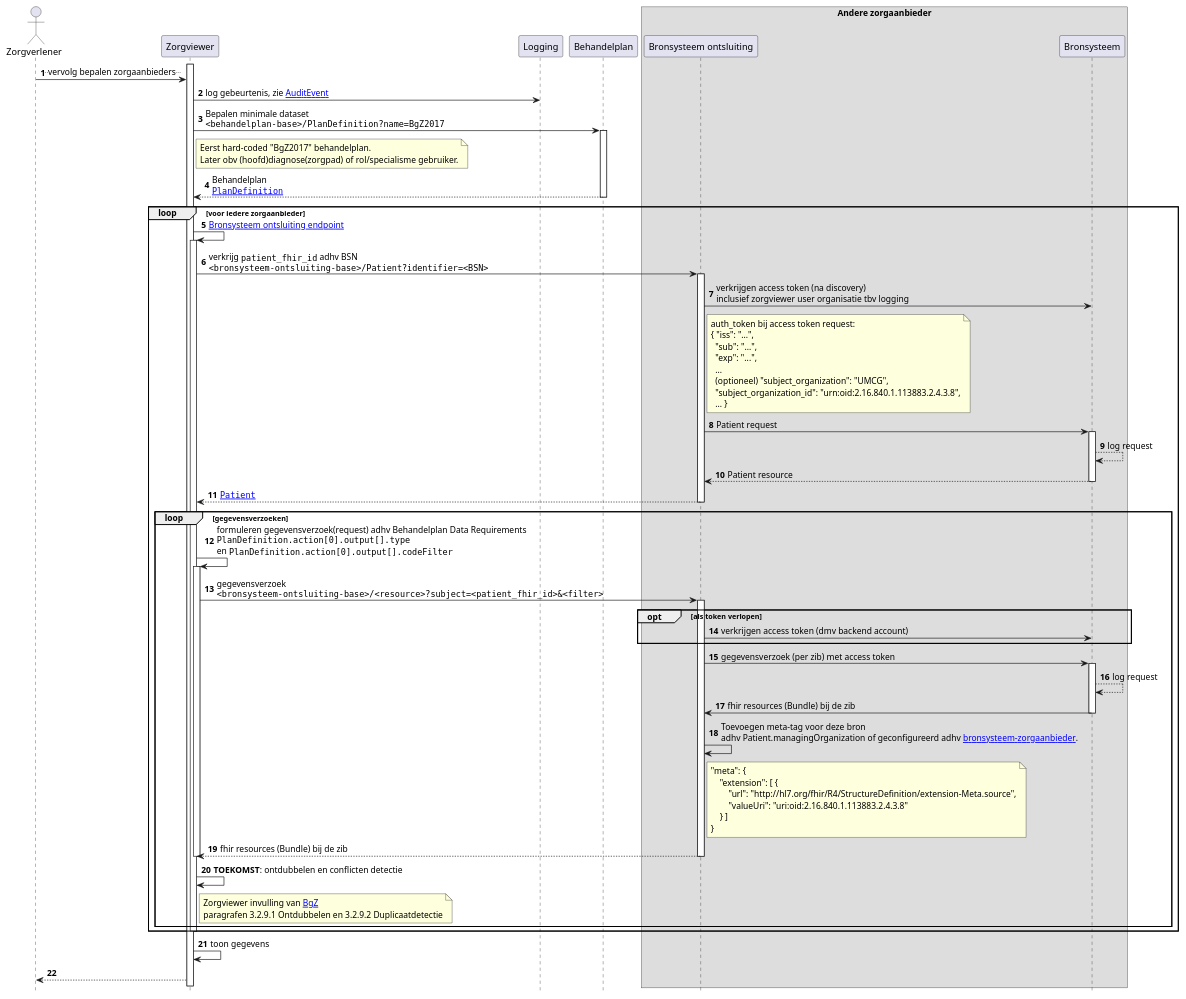
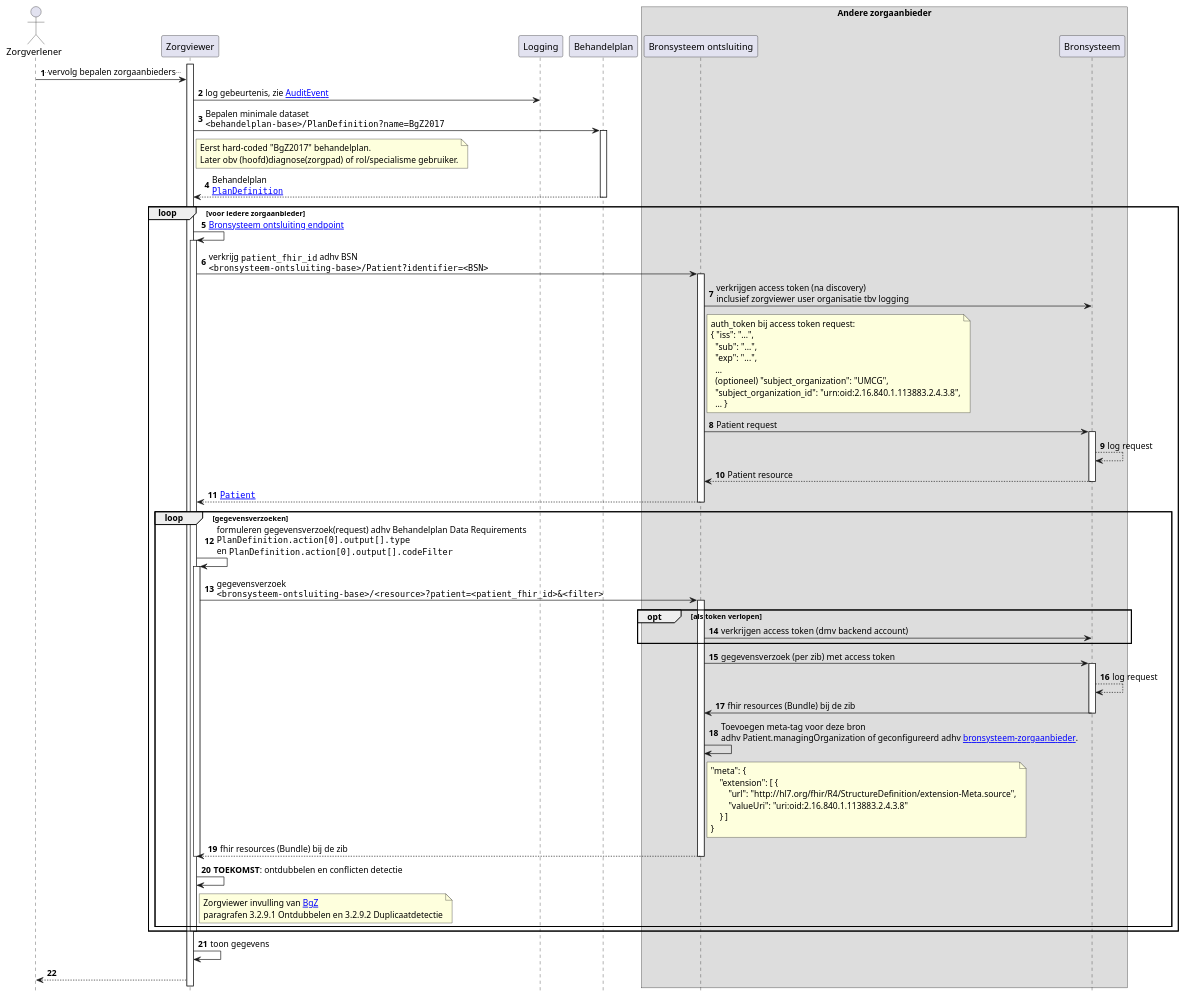
One commit to RIVO-Noord/zorgviewer-ig changed the diagram in input/images-source/Zorgviewer-seq-3.plantuml. Above: the diagram before and after it, drawn with PlantUML. The commit also changed 4 other files, not shown here.

```diff
--- a/input/images-source/Zorgviewer-seq-3.plantuml
+++ b/input/images-source/Zorgviewer-seq-3.plantuml
@@ -1,85 +1,85 @@
 @startuml
 hide footbox
 autonumber
 
 actor Zorgverlener
 participant Zorgviewer
 participant Logging
 participant Behandelplan
 box "Andere zorgaanbieder"
 participant "Bronsysteem ontsluiting" as Bron
 participant Bronsysteem
 end box
 
 activate Zorgviewer
 Zorgverlener->Zorgviewer: ..vervolg bepalen zorgaanbieders..
 Zorgviewer->Logging: log gebeurtenis, zie [[StructureDefinition-AuditEvent.html AuditEvent]]
 Zorgviewer->Behandelplan: Bepalen minimale dataset\n""<behandelplan-base>/PlanDefinition?name=BgZ2017""
 note right Zorgviewer
   Eerst hard-coded "BgZ2017" behandelplan.
   Later obv (hoofd)diagnose(zorgpad) of rol/specialisme gebruiker.
 end note
 activate Behandelplan
 Behandelplan-->Zorgviewer: Behandelplan\n""[[StructureDefinition-PlanDefinition.html PlanDefinition]]""
 deactivate Behandelplan
 loop voor iedere zorgaanbieder
   Zorgviewer->Zorgviewer: [[Endpoint-UMCG.html Bronsysteem ontsluiting endpoint]]
   activate Zorgviewer
   Zorgviewer->Bron : verkrijg ""patient_fhir_id"" adhv BSN\n""<bronsysteem-ontsluiting-base>/Patient?identifier=<BSN>""
   activate Bron
   Bron->Bronsysteem : verkrijgen access token (na discovery)\ninclusief zorgviewer user organisatie tbv logging
   note right Bron
     auth_token bij access token request:
     { "iss": "...",
       "sub": "...",
       "exp": "...",
       ...
       (optioneel) "subject_organization": "UMCG",
       "subject_organization_id": "urn:oid:2.16.840.1.113883.2.4.3.8",
       ... }
   end note
   Bron->Bronsysteem : Patient request
   activate Bronsysteem
   Bronsysteem-->Bronsysteem: log request
   Bronsysteem-->Bron : Patient resource
   deactivate Bronsysteem
   Bron-->Zorgviewer : ""[[StructureDefinition-Patient.html Patient]]""
   deactivate Bron
   loop gegevensverzoeken
     Zorgviewer->Zorgviewer: formuleren gegevensverzoek(request) adhv Behandelplan Data Requirements\n""PlanDefinition.action[0].output[].type""\nen ""PlanDefinition.action[0].output[].codeFilter""
     activate Zorgviewer
-    Zorgviewer->Bron: gegevensverzoek\n""<bronsysteem-ontsluiting-base>/<resource>?subject=<patient_fhir_id>&<filter>""
+    Zorgviewer->Bron: gegevensverzoek\n""<bronsysteem-ontsluiting-base>/<resource>?patient=<patient_fhir_id>&<filter>""
     activate Bron
     opt als token verlopen
       Bron->Bronsysteem : verkrijgen access token (dmv backend account)
     end opt
     Bron->Bronsysteem : gegevensverzoek (per zib) met access token
     activate Bronsysteem
     Bronsysteem-->Bronsysteem: log request
     Bronsysteem->Bron: fhir resources (Bundle) bij de zib
     deactivate Bronsysteem
     Bron->Bron: Toevoegen meta-tag voor deze bron\nadhv Patient.managingOrganization of geconfigureerd adhv [[CodeSystem-bronsysteem-zorgaanbieder.html bronsysteem-zorgaanbieder]].
     note right Bron
 "meta": {
     "extension": [ {
         "url": "http://hl7.org/fhir/R4/StructureDefinition/extension-Meta.source",
         "valueUri": "uri:oid:2.16.840.1.113883.2.4.3.8"
     } ]
 }
     end note
     Bron-->Zorgviewer: fhir resources (Bundle) bij de zib
     deactivate Bron
     deactivate Zorgviewer
     Zorgviewer->Zorgviewer: **TOEKOMST**: ontdubbelen en conflicten detectie
     note right of Zorgviewer
       Zorgviewer invulling van [[https://informatiestandaarden.nictiz.nl/wiki/BgZ:V1.0_BgZ_MSZ_Informatiestandaard BgZ]] 
       paragrafen 3.2.9.1 Ontdubbelen en 3.2.9.2 Duplicaatdetectie
     end note
   end
   deactivate Zorgviewer
 end
 
 Zorgviewer->Zorgviewer: toon gegevens
 Zorgviewer-->Zorgverlener
 
 @enduml
```
